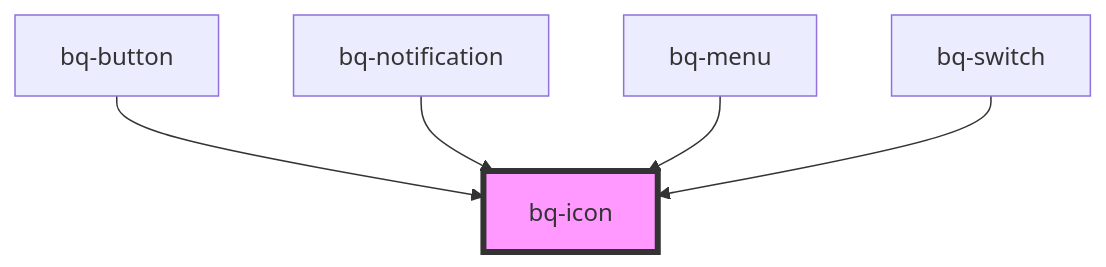
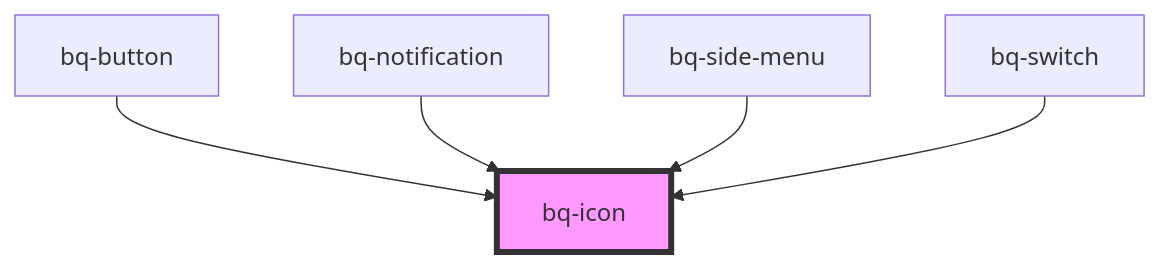
Before and after one commit to Endava/BEEQ: the diagram in packages/bee-q/src/components/icon/readme.md, drawn with Mermaid. The commit also changed other lines of this file and 16 other files, not shown here.

Commit message:
refactor(side-menu): change name to 'bq-side-menu' and 'bq-side-menu-item';

````diff
--- a/packages/bee-q/src/components/icon/readme.md
+++ b/packages/bee-q/src/components/icon/readme.md
@@ -42,8 +45,8 @@
 ```mermaid
 graph TD;
   bq-button --> bq-icon
   bq-notification --> bq-icon
-  bq-menu --> bq-icon
+  bq-side-menu --> bq-icon
   bq-switch --> bq-icon
   style bq-icon fill:#f9f,stroke:#333,stroke-width:4px
 ```
````
